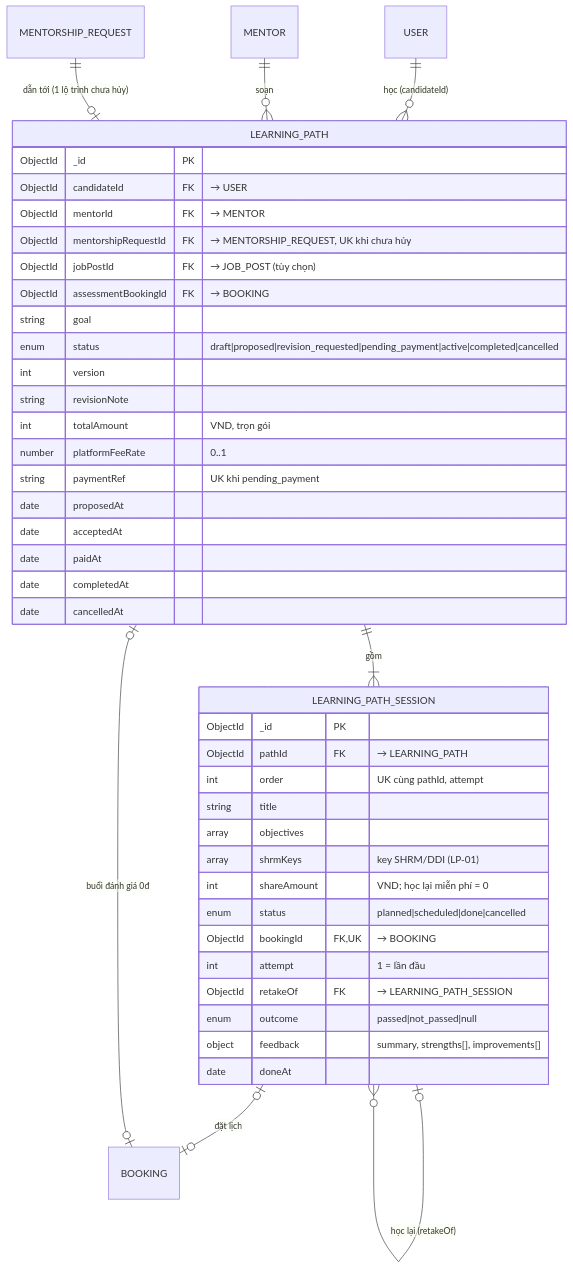
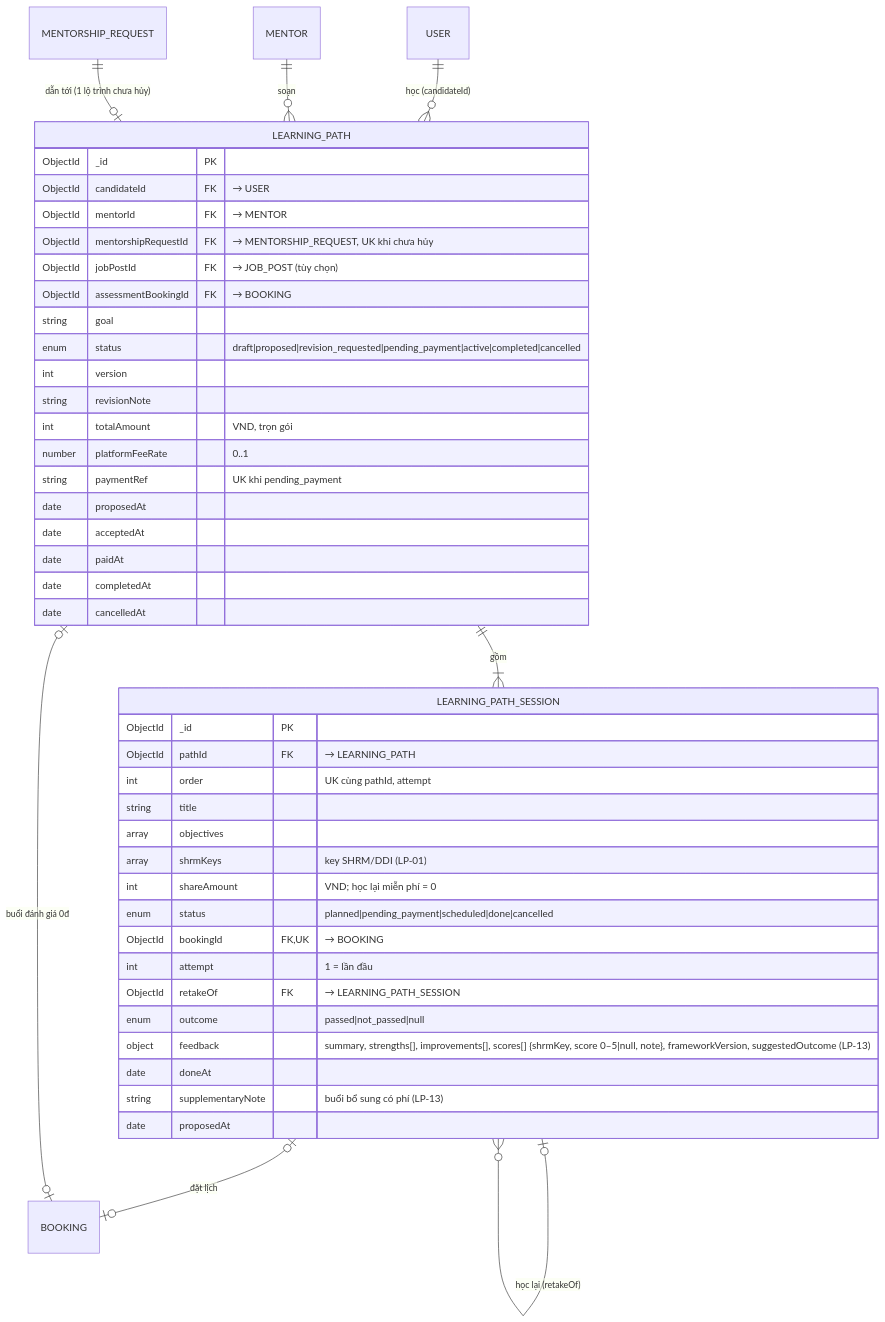
Before and after one commit to YenNhi206/ProInterview: the second of 6 diagrams in docs/LOGICAL_ERD.md, drawn with Mermaid. The commit also changed 15 other files, not shown here.

First line of the commit message:
LP-13: mentor ghi kết quả buổi lộ trình, học lại 0đ, đề xuất buổi bổ sung có phí

````diff
--- a/docs/LOGICAL_ERD.md
+++ b/docs/LOGICAL_ERD.md
@@ -211,46 +211,48 @@
 ```mermaid
 erDiagram
     USER ||--o{ LEARNING_PATH : "học (candidateId)"
     MENTOR ||--o{ LEARNING_PATH : "soạn"
     MENTORSHIP_REQUEST ||--o| LEARNING_PATH : "dẫn tới (1 lộ trình chưa hủy)"
     BOOKING |o--o| LEARNING_PATH : "buổi đánh giá 0đ"
     LEARNING_PATH ||--|{ LEARNING_PATH_SESSION : "gồm"
     LEARNING_PATH_SESSION |o--o| BOOKING : "đặt lịch"
     LEARNING_PATH_SESSION |o--o{ LEARNING_PATH_SESSION : "học lại (retakeOf)"
     LEARNING_PATH {
         ObjectId _id PK
         ObjectId candidateId FK "→ USER"
         ObjectId mentorId FK "→ MENTOR"
         ObjectId mentorshipRequestId FK "→ MENTORSHIP_REQUEST, UK khi chưa hủy"
         ObjectId jobPostId FK "→ JOB_POST (tùy chọn)"
         ObjectId assessmentBookingId FK "→ BOOKING"
         string goal
         enum status "draft|proposed|revision_requested|pending_payment|active|completed|cancelled"
         int version
         string revisionNote
         int totalAmount "VND, trọn gói"
         number platformFeeRate "0..1"
         string paymentRef "UK khi pending_payment"
         date proposedAt
         date acceptedAt
         date paidAt
         date completedAt
         date cancelledAt
     }
     LEARNING_PATH_SESSION {
         ObjectId _id PK
         ObjectId pathId FK "→ LEARNING_PATH"
         int order "UK cùng pathId, attempt"
         string title
         array objectives
         array shrmKeys "key SHRM/DDI (LP-01)"
         int shareAmount "VND; học lại miễn phí = 0"
-        enum status "planned|scheduled|done|cancelled"
+        enum status "planned|pending_payment|scheduled|done|cancelled"
         ObjectId bookingId FK,UK "→ BOOKING"
         int attempt "1 = lần đầu"
         ObjectId retakeOf FK "→ LEARNING_PATH_SESSION"
         enum outcome "passed|not_passed|null"
-        object feedback "summary, strengths[], improvements[]"
+        object feedback "summary, strengths[], improvements[], scores[] {shrmKey, score 0–5|null, note}, frameworkVersion, suggestedOutcome (LP-13)"
         date doneAt
+        string supplementaryNote "buổi bổ sung có phí (LP-13)"
+        date proposedAt
     }
 ```
````
